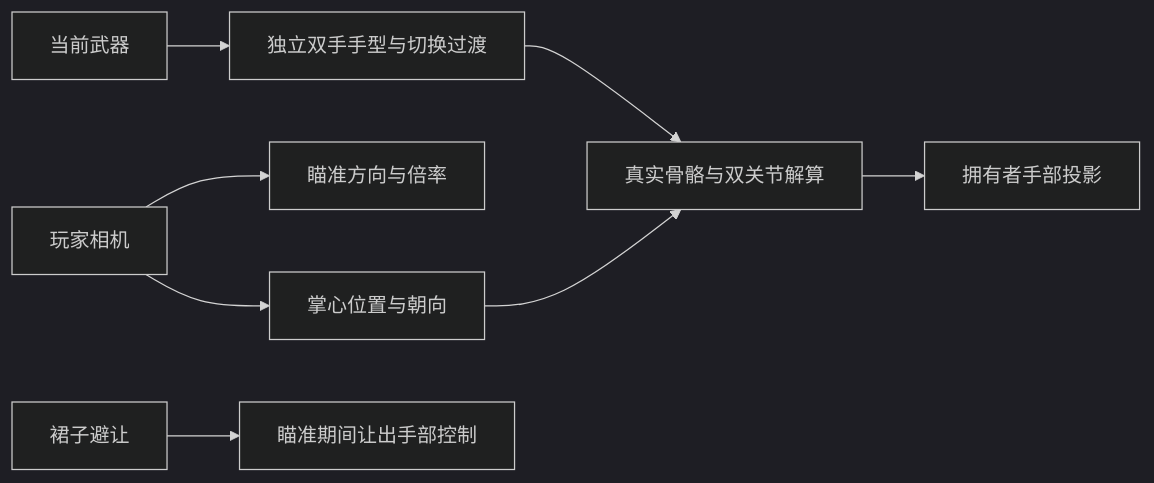
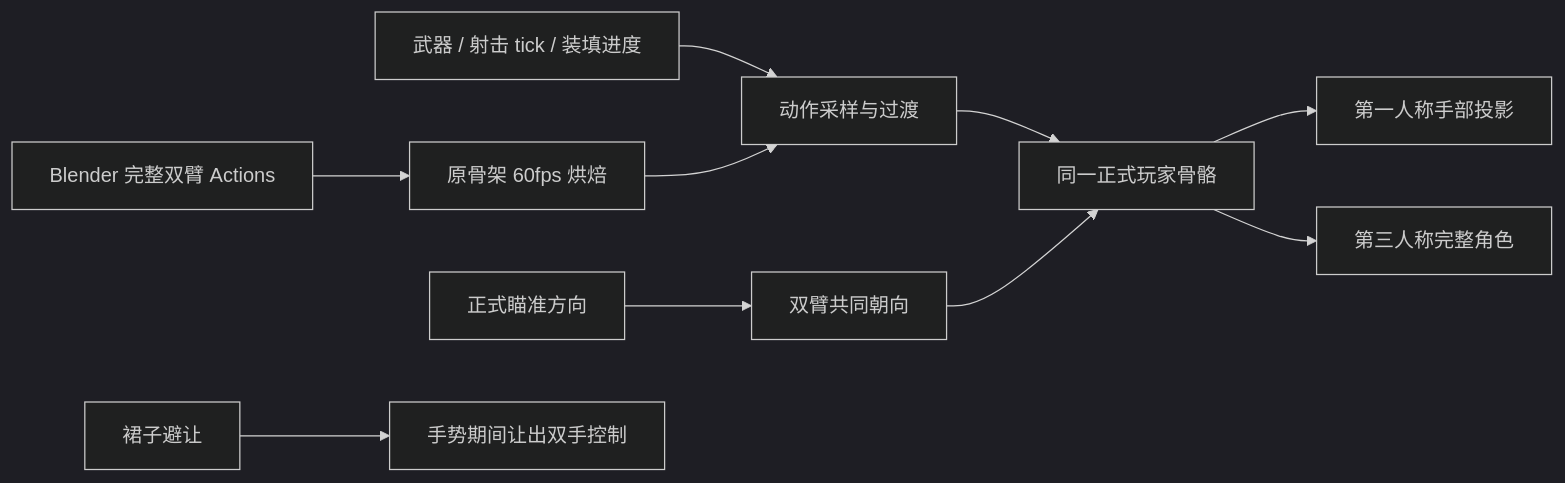
Before and after one commit to MorrowHome/Moonkov: the diagram in Docs/HaloWeaponGestures.md, drawn with Mermaid (dark theme). The commit also changed other lines of this file and 24 other files, not shown here.

Commit message:
Play Blender-authored weapon gestures on the production skeleton

````diff
--- a/Docs/HaloWeaponGestures.md
+++ b/Docs/HaloWeaponGestures.md
@@ -22,10 +18,12 @@
 ```mermaid
 flowchart LR
-    Weapon[当前武器] --> Animator[独立双手手型与切换过渡]
-    Animator --> Bones[真实骨骼与双关节解算]
-    Camera[玩家相机] --> Aim[瞄准方向与倍率]
-    Camera --> Palm[掌心位置与朝向]
-    Palm --> Bones
-    Bones --> Projection[拥有者手部投影]
-    Cloth[裙子避让] --> Priority[瞄准期间让出手部控制]
+    Blender[Blender 完整双臂 Actions] --> Bake[原骨架 60fps 烘焙]
+    Weapon[武器 / 射击 tick / 装填进度] --> Sample[动作采样与过渡]
+    Bake --> Sample
+    Sample --> Bones[同一正式玩家骨骼]
+    Aim[正式瞄准方向] --> Pair[双臂共同朝向]
+    Pair --> Bones
+    Bones --> Owner[第一人称手部投影]
+    Bones --> Observers[第三人称完整角色]
+    Cloth[裙子避让] --> Priority[手势期间让出双手控制]
 ```
````
